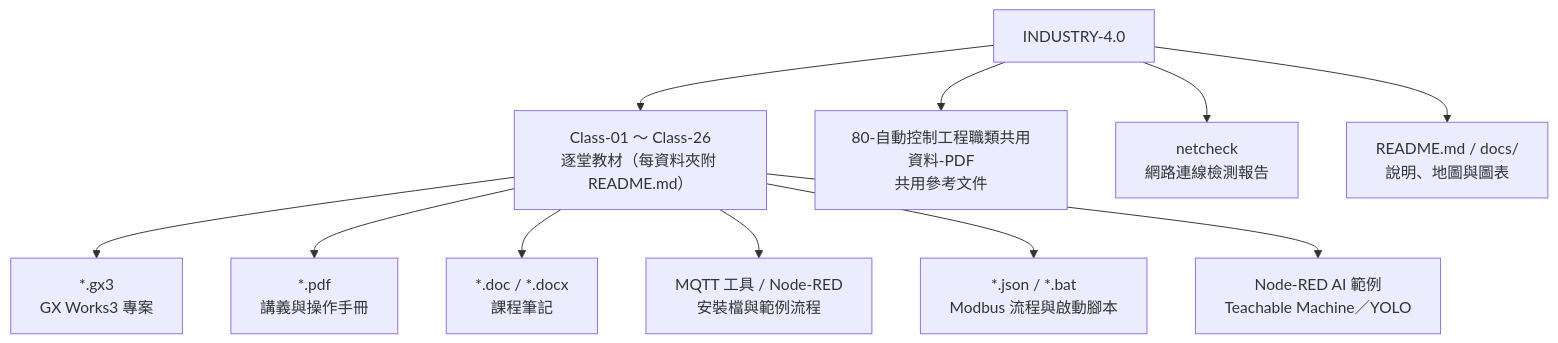
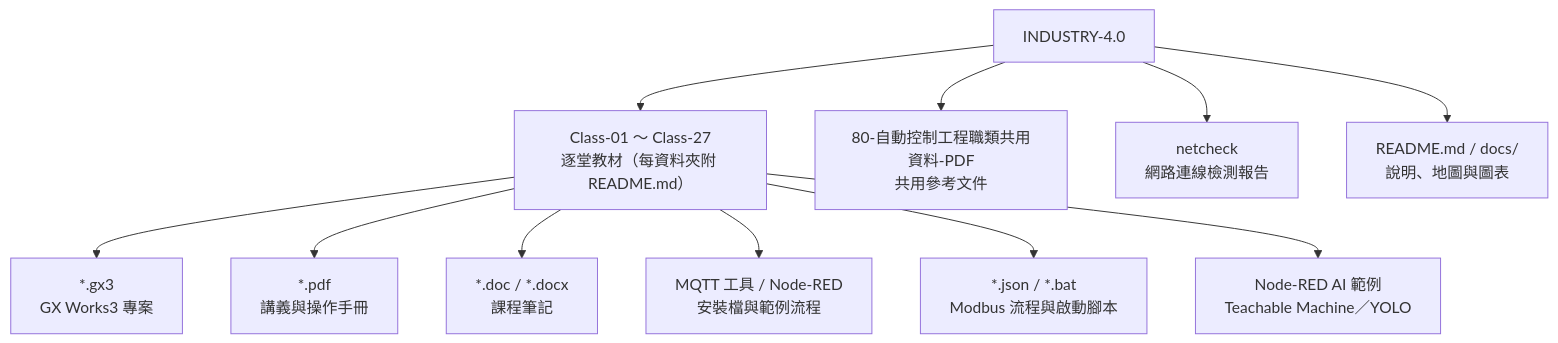
Before and after one commit to yd7148/INDUSTRY-4.0: the second of 6 diagrams in README.md, drawn with Mermaid. The commit also changed other lines of this file and 4 other files, not shown here.

Commit message:
Sync docs for Class-27 (27 classes, 28 videos, timeline and SVG)

````diff
--- a/README.md
+++ b/README.md
@@ -42,14 +42,14 @@
 ```mermaid
 flowchart TB
-    REPO["INDUSTRY-4.0"] --> CLS["Class-01 ～ Class-26<br/>逐堂教材（每資料夾附 README.md）"]
+    REPO["INDUSTRY-4.0"] --> CLS["Class-01 ～ Class-27<br/>逐堂教材（每資料夾附 README.md）"]
     REPO --> LIB["80-自動控制工程職類共用資料-PDF<br/>共用參考文件"]
     REPO --> NET["netcheck<br/>網路連線檢測報告"]
     REPO --> DOC["README.md / docs/<br/>說明、地圖與圖表"]
 
     CLS --> GX["*.gx3<br/>GX Works3 專案"]
     CLS --> PDF["*.pdf<br/>講義與操作手冊"]
     CLS --> DOCX["*.doc / *.docx<br/>課程筆記"]
     CLS --> TOOL["MQTT 工具 / Node-RED<br/>安裝檔與範例流程"]
     CLS --> JSON["*.json / *.bat<br/>Modbus 流程與啟動腳本"]
     CLS --> AI["Node-RED AI 範例<br/>Teachable Machine／YOLO"]
 ```
````
